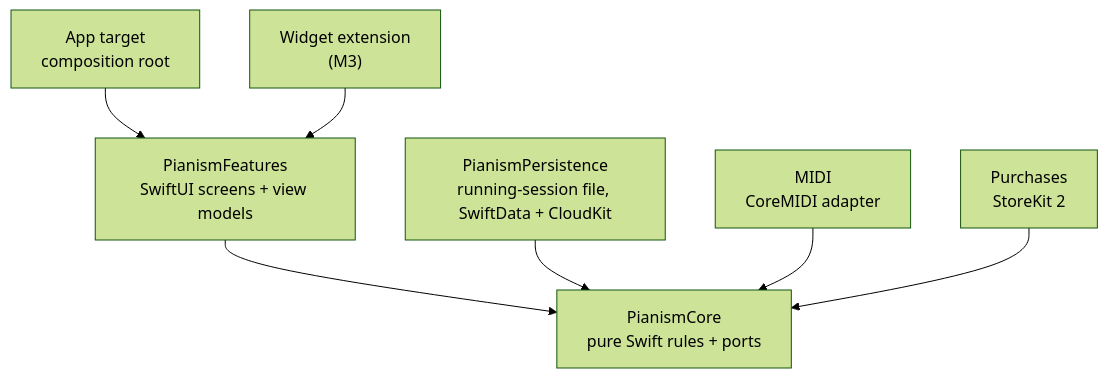
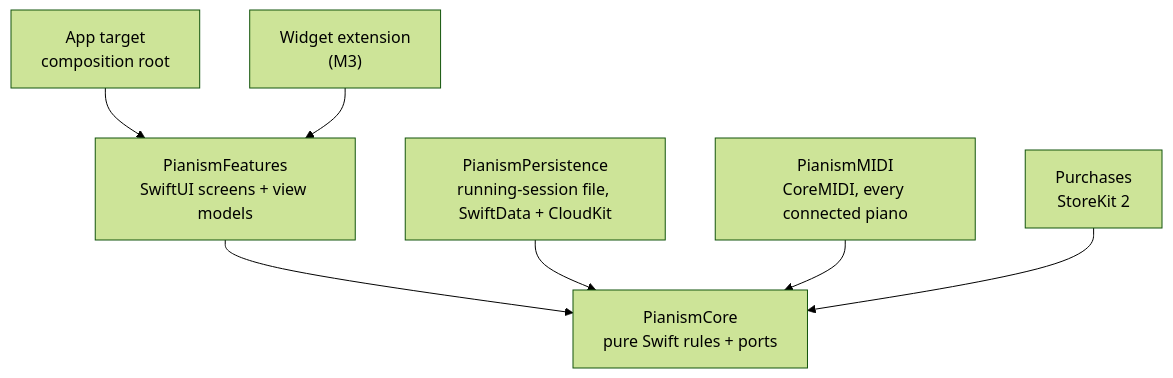
Before and after one commit to ed-karabinus/pianism: the diagram in README.md, drawn with Mermaid (forest theme). The commit also changed 10 other files, not shown here.

First line of the commit message:
feat(MIDI-R6): Hear every connected piano over CoreMIDI

````diff
--- a/README.md
+++ b/README.md
@@ -19,10 +19,10 @@
 ```mermaid
 flowchart TB
     app["App target<br/>composition root"] --> features
     widget["Widget extension<br/>(M3)"] --> features
     features["PianismFeatures<br/>SwiftUI screens + view models"] --> core
     persistence["PianismPersistence<br/>running-session file, SwiftData + CloudKit"] --> core
-    midi["MIDI<br/>CoreMIDI adapter"] --> core
+    midi["PianismMIDI<br/>CoreMIDI, every connected piano"] --> core
     purchases["Purchases<br/>StoreKit 2"] --> core
     core["PianismCore<br/>pure Swift rules + ports"]
 ```
````
